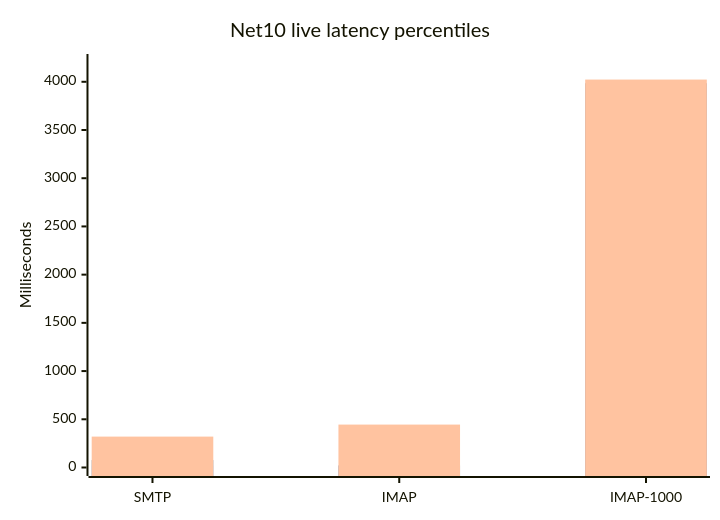
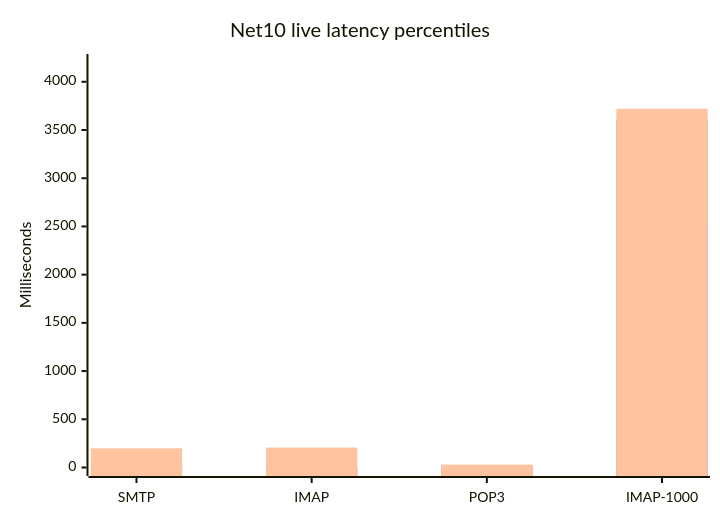
Before and after one commit to mk148a/hmailserver: the first of 2 diagrams in hmailserver/source/Server.Net10/PERFORMANCE_COMPARISON_REPORT.md, drawn with Mermaid. The commit also changed other lines of this file and 4 other files, not shown here.

````diff
--- a/hmailserver/source/Server.Net10/PERFORMANCE_COMPARISON_REPORT.md
+++ b/hmailserver/source/Server.Net10/PERFORMANCE_COMPARISON_REPORT.md
@@ -39,9 +39,9 @@
 ```mermaid
 xychart-beta
     title "Net10 live latency percentiles"
-    x-axis [SMTP, IMAP, IMAP-1000]
+    x-axis [SMTP, IMAP, POP3, IMAP-1000]
     y-axis "Milliseconds" 0 --> 4200
-    bar [17.573, 13.609, 2850.032]
-    bar [76.988, 22.084, 3984.891]
-    bar [320.452, 445.018, 4023.059]
+    bar [5.235, 9.415, 12.258, 2506.190]
+    bar [21.270, 13.701, 20.972, 3611.596]
+    bar [198.446, 207.027, 29.862, 3720.543]
 ```
````
